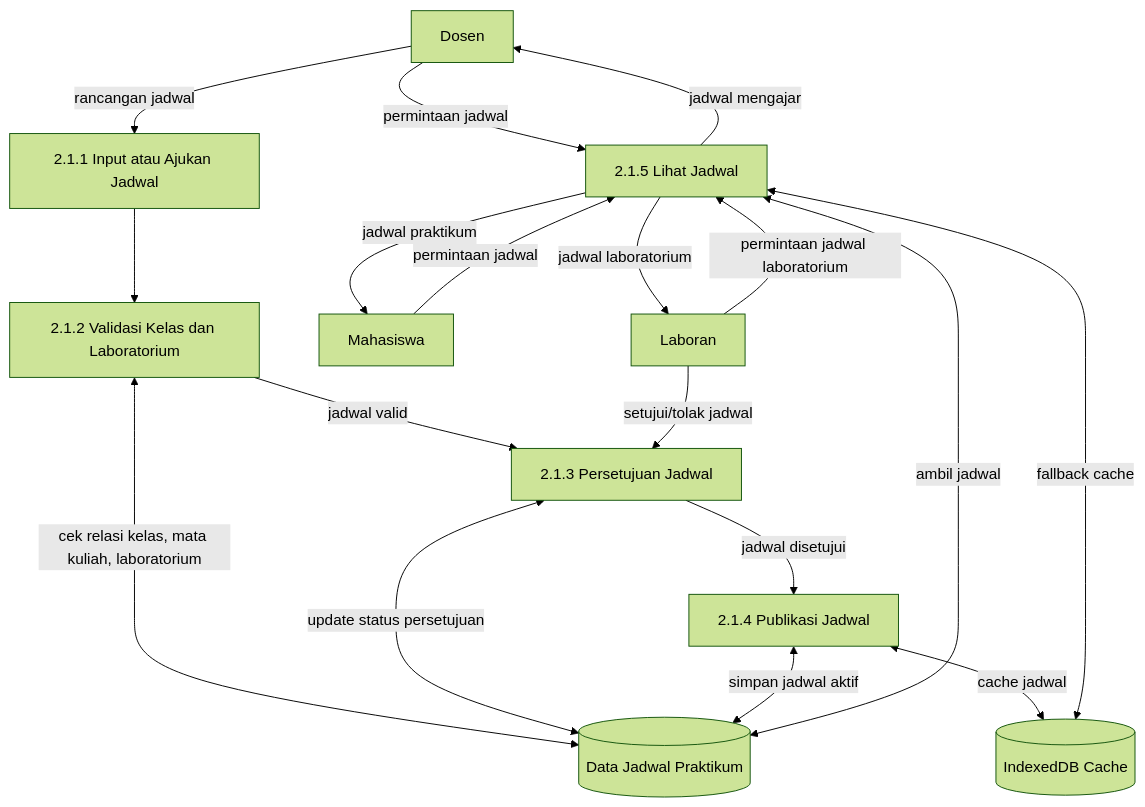
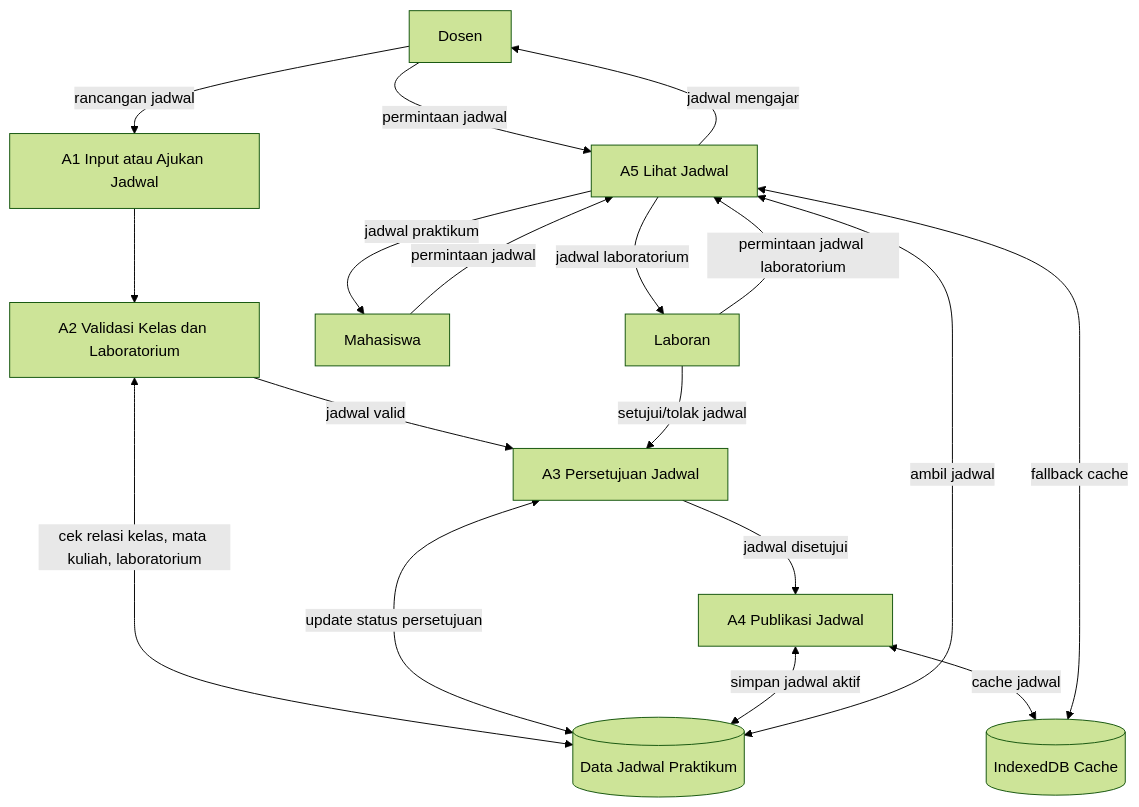
One commit to taufiq1285/sistem-pwa changed the fifth of 13 diagrams in docs/DFD.md. Above: the diagram before and after it, drawn with Mermaid (forest theme). The commit also changed other lines of this file and 69 other files, not shown here.

````diff
--- a/docs/DFD.md
+++ b/docs/DFD.md
@@ -268,32 +272,32 @@
 ```mermaid
 graph TB
     Dosen[Dosen]
     Laboran[Laboran]
     Mahasiswa[Mahasiswa]
     D1[(Data Jadwal Praktikum)]
     D2[(IndexedDB Cache)]
 
-    P3_1[2.1.1 Input atau Ajukan Jadwal]
-    P3_2[2.1.2 Validasi Kelas dan Laboratorium]
-    P3_3[2.1.3 Persetujuan Jadwal]
-    P3_4[2.1.4 Publikasi Jadwal]
-    P3_5[2.1.5 Lihat Jadwal]
+    P3_1[A1 Input atau Ajukan Jadwal]
+    P3_2[A2 Validasi Kelas dan Laboratorium]
+    P3_3[A3 Persetujuan Jadwal]
+    P3_4[A4 Publikasi Jadwal]
+    P3_5[A5 Lihat Jadwal]
 
     Dosen -->|rancangan jadwal| P3_1
     P3_1 --> P3_2
     P3_2 <-->|cek relasi kelas, mata kuliah, laboratorium| D1
     P3_2 -->|jadwal valid| P3_3
     Laboran -->|setujui/tolak jadwal| P3_3
     P3_3 <-->|update status persetujuan| D1
     P3_3 -->|jadwal disetujui| P3_4
     P3_4 <-->|simpan jadwal aktif| D1
     P3_4 <-->|cache jadwal| D2
     Mahasiswa -->|permintaan jadwal| P3_5
     Dosen -->|permintaan jadwal| P3_5
     Laboran -->|permintaan jadwal laboratorium| P3_5
     P3_5 <-->|ambil jadwal| D1
     P3_5 <-->|fallback cache| D2
     P3_5 -->|jadwal praktikum| Mahasiswa
     P3_5 -->|jadwal mengajar| Dosen
     P3_5 -->|jadwal laboratorium| Laboran
 ```
````
